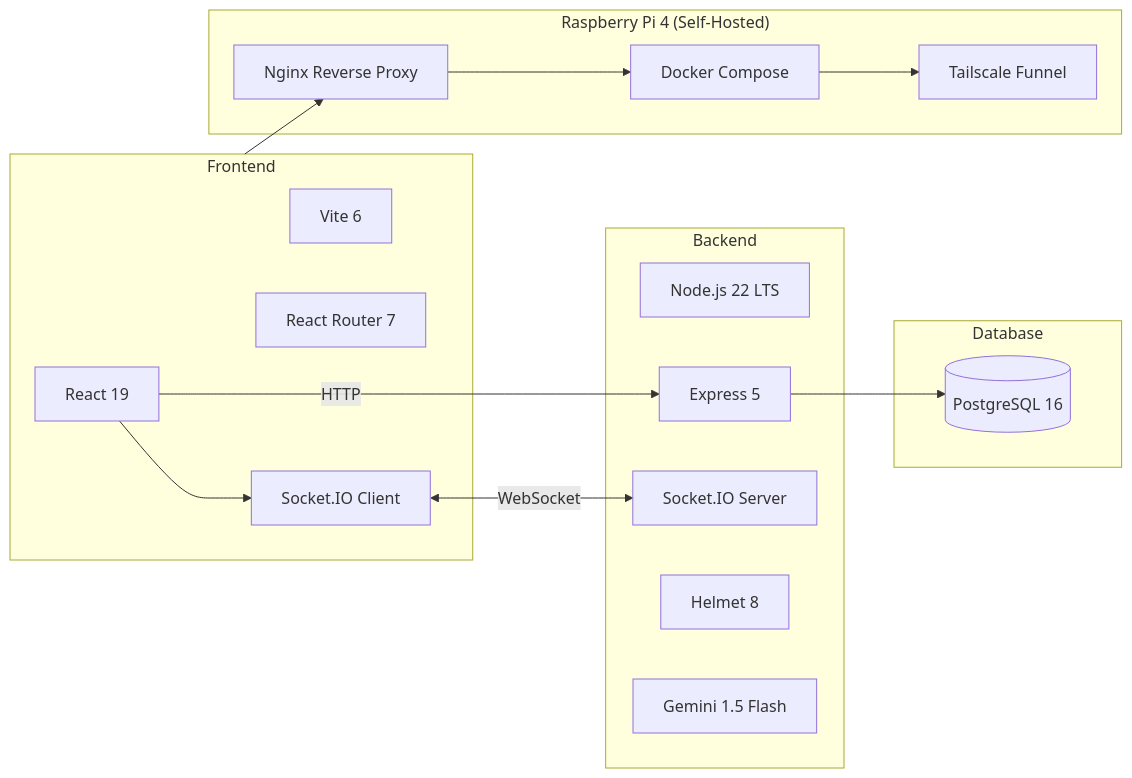
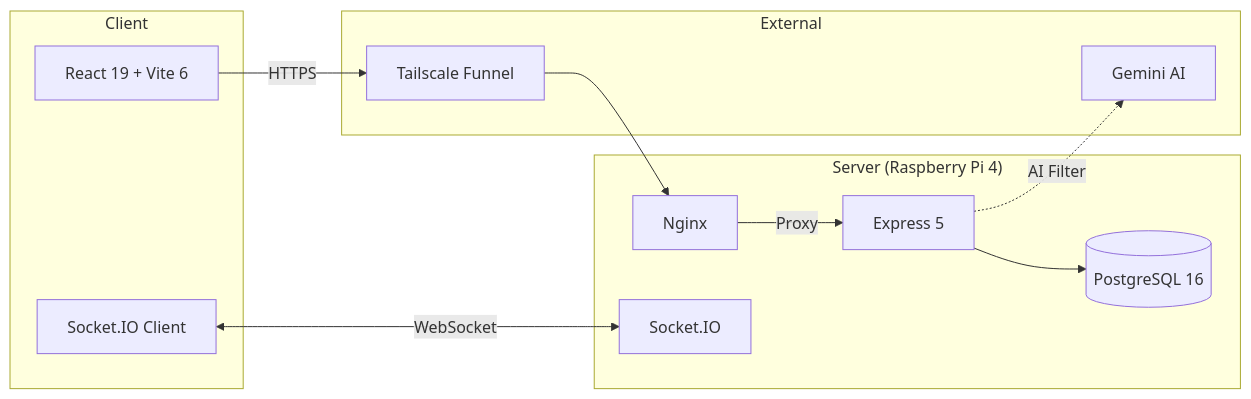
One commit to doublesilver/subway-board changed the second of 11 diagrams in README.md. Above: the diagram before and after it, drawn with Mermaid. The commit also changed other lines of this file, not shown here.

First line of the commit message:
fix: simplify mermaid diagrams for better rendering

````diff
--- a/README.md
+++ b/README.md
@@ -129,35 +129,26 @@
 ```mermaid
 flowchart LR
-    subgraph Frontend["Frontend"]
-        React[React 19]
-        Vite[Vite 6]
-        Router[React Router 7]
+    subgraph Client["Client"]
+        React[React 19 + Vite 6]
         SIO_C[Socket.IO Client]
     end
 
-    subgraph Backend["Backend"]
-        Node[Node.js 22 LTS]
+    subgraph Server["Server (Raspberry Pi 4)"]
+        Nginx[Nginx]
         Express[Express 5]
-        SIO_S[Socket.IO Server]
-        Helmet[Helmet 8]
-        Gemini[Gemini 1.5 Flash]
-    end
-
-    subgraph Database["Database"]
+        SIO_S[Socket.IO]
         PG[(PostgreSQL 16)]
     end
 
-    subgraph Infra["Raspberry Pi 4 (Self-Hosted)"]
-        Docker[Docker Compose]
+    subgraph External["External"]
         Tailscale[Tailscale Funnel]
-        Nginx[Nginx Reverse Proxy]
+        Gemini[Gemini AI]
     end
 
-    React --> SIO_C
+    React -->|HTTPS| Tailscale
+    Tailscale --> Nginx
+    Nginx -->|Proxy| Express
     SIO_C <-->|WebSocket| SIO_S
-    React -->|HTTP| Express
     Express --> PG
-    Frontend --> Nginx
-    Nginx --> Docker
-    Docker --> Tailscale
+    Express -.->|AI Filter| Gemini
 ```
````
